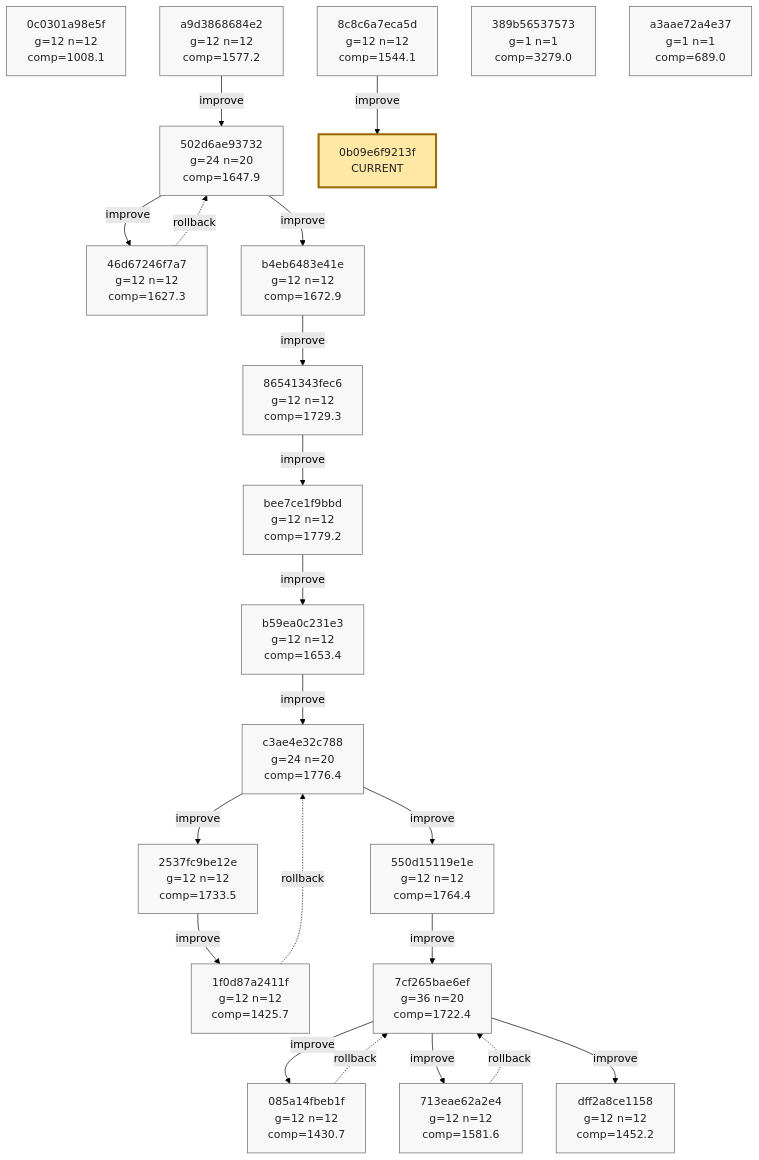
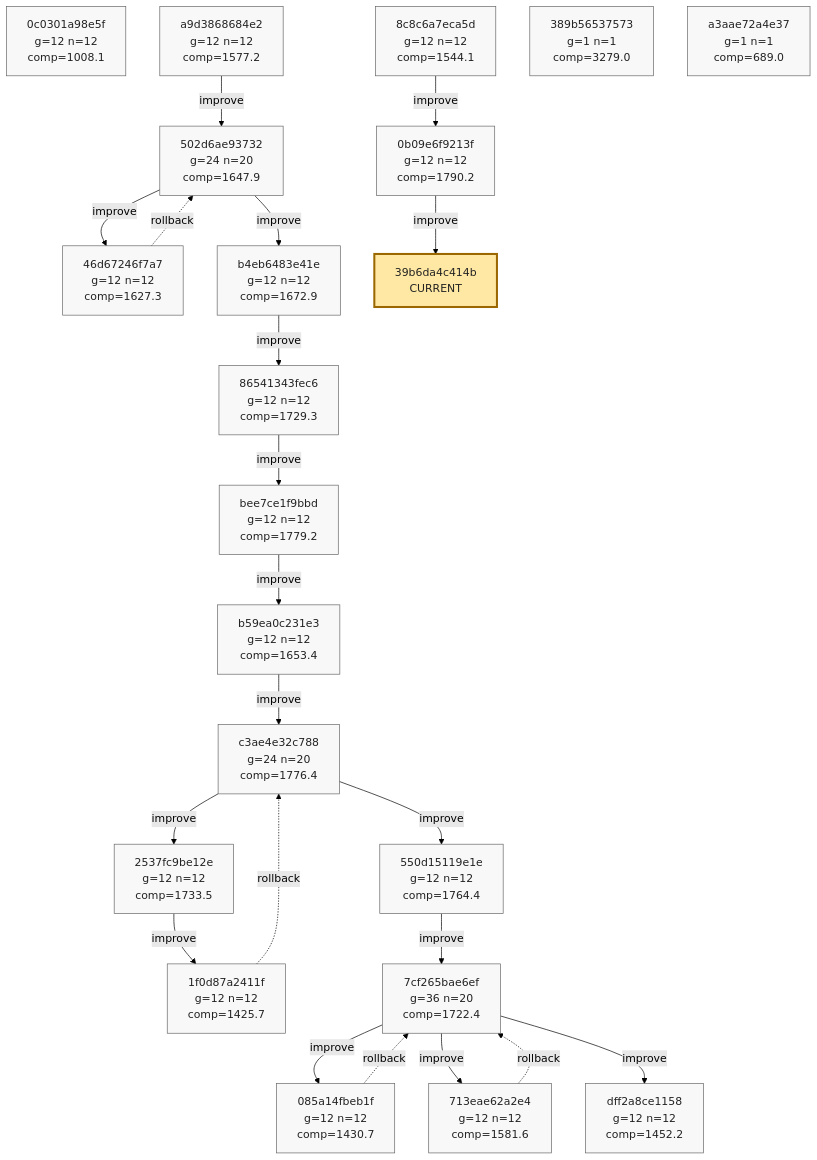
Before and after one commit to azumag/soviet_now: the tenth of 10 diagrams in phyrogenetic-tree.md, drawn with Mermaid (forest theme). The commit also changed other lines of this file and 2 other files, not shown here.

Commit message:
eloop Improve after 12 games (scores: 1533 1744 1653 1858 1792 1326 3285 2523 2169 4041 1629 3741)

````diff
--- a/phyrogenetic-tree.md
+++ b/phyrogenetic-tree.md
@@ -2546,69 +2546,72 @@
 ```mermaid
 flowchart TD
     h_0c0301a98e5f["0c0301a98e5f<br/>g=12 n=12<br/>comp=1008.1"]
     h_a9d3868684e2["a9d3868684e2<br/>g=12 n=12<br/>comp=1577.2"]
     h_502d6ae93732["502d6ae93732<br/>g=24 n=20<br/>comp=1647.9"]
     h_46d67246f7a7["46d67246f7a7<br/>g=12 n=12<br/>comp=1627.3"]
     h_b4eb6483e41e["b4eb6483e41e<br/>g=12 n=12<br/>comp=1672.9"]
     h_86541343fec6["86541343fec6<br/>g=12 n=12<br/>comp=1729.3"]
     h_bee7ce1f9bbd["bee7ce1f9bbd<br/>g=12 n=12<br/>comp=1779.2"]
     h_b59ea0c231e3["b59ea0c231e3<br/>g=12 n=12<br/>comp=1653.4"]
     h_c3ae4e32c788["c3ae4e32c788<br/>g=24 n=20<br/>comp=1776.4"]
     h_2537fc9be12e["2537fc9be12e<br/>g=12 n=12<br/>comp=1733.5"]
     h_1f0d87a2411f["1f0d87a2411f<br/>g=12 n=12<br/>comp=1425.7"]
     h_550d15119e1e["550d15119e1e<br/>g=12 n=12<br/>comp=1764.4"]
     h_7cf265bae6ef["7cf265bae6ef<br/>g=36 n=20<br/>comp=1722.4"]
     h_085a14fbeb1f["085a14fbeb1f<br/>g=12 n=12<br/>comp=1430.7"]
     h_713eae62a2e4["713eae62a2e4<br/>g=12 n=12<br/>comp=1581.6"]
     h_dff2a8ce1158["dff2a8ce1158<br/>g=12 n=12<br/>comp=1452.2"]
     h_8c8c6a7eca5d["8c8c6a7eca5d<br/>g=12 n=12<br/>comp=1544.1"]
+    h_0b09e6f9213f["0b09e6f9213f<br/>g=12 n=12<br/>comp=1790.2"]
     h_389b56537573["389b56537573<br/>g=1 n=1<br/>comp=3279.0"]
     h_a3aae72a4e37["a3aae72a4e37<br/>g=1 n=1<br/>comp=689.0"]
-    h_0b09e6f9213f["0b09e6f9213f<br/>CURRENT"]
+    h_39b6da4c414b["39b6da4c414b<br/>CURRENT"]
 
     h_a9d3868684e2 -->|improve| h_502d6ae93732
     h_502d6ae93732 -->|improve| h_46d67246f7a7
     h_46d67246f7a7 -. rollback .-> h_502d6ae93732
     h_502d6ae93732 -->|improve| h_b4eb6483e41e
     h_b4eb6483e41e -->|improve| h_86541343fec6
     h_86541343fec6 -->|improve| h_bee7ce1f9bbd
     h_bee7ce1f9bbd -->|improve| h_b59ea0c231e3
     h_b59ea0c231e3 -->|improve| h_c3ae4e32c788
     h_c3ae4e32c788 -->|improve| h_2537fc9be12e
     h_2537fc9be12e -->|improve| h_1f0d87a2411f
     h_1f0d87a2411f -. rollback .-> h_c3ae4e32c788
     h_c3ae4e32c788 -->|improve| h_550d15119e1e
     h_550d15119e1e -->|improve| h_7cf265bae6ef
     h_7cf265bae6ef -->|improve| h_085a14fbeb1f
     h_085a14fbeb1f -. rollback .-> h_7cf265bae6ef
     h_7cf265bae6ef -->|improve| h_713eae62a2e4
     h_713eae62a2e4 -. rollback .-> h_7cf265bae6ef
     h_7cf265bae6ef -->|improve| h_dff2a8ce1158
     h_8c8c6a7eca5d -->|improve| h_0b09e6f9213f
+    h_0b09e6f9213f -->|improve| h_39b6da4c414b
 
     classDef plain fill:#f8f8f8,stroke:#666,stroke-width:1px,color:#222;
     classDef current fill:#ffe8a3,stroke:#9a6700,stroke-width:3px,color:#222;
     classDef anchor fill:#d7f5dd,stroke:#1f6f43,stroke-width:3px,color:#222;
     classDef current_anchor fill:#f3e4a8,stroke:#1f6f43,stroke-width:4px,color:#222;
 
     class h_0c0301a98e5f plain;
     class h_a9d3868684e2 plain;
     class h_502d6ae93732 plain;
     class h_46d67246f7a7 plain;
     class h_b4eb6483e41e plain;
     class h_86541343fec6 plain;
     class h_bee7ce1f9bbd plain;
     class h_b59ea0c231e3 plain;
     class h_c3ae4e32c788 plain;
     class h_2537fc9be12e plain;
     class h_1f0d87a2411f plain;
     class h_550d15119e1e plain;
     class h_7cf265bae6ef plain;
     class h_085a14fbeb1f plain;
     class h_713eae62a2e4 plain;
     class h_dff2a8ce1158 plain;
     class h_8c8c6a7eca5d plain;
+    class h_0b09e6f9213f plain;
     class h_389b56537573 plain;
     class h_a3aae72a4e37 plain;
-    class h_0b09e6f9213f current;
+    class h_39b6da4c414b current;
 ```
````
